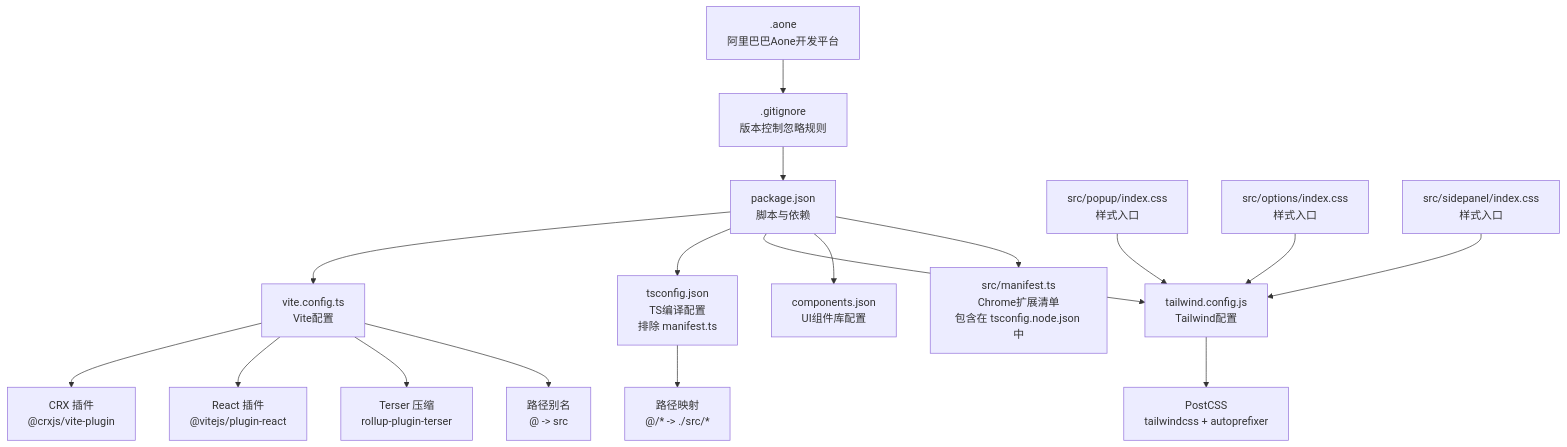
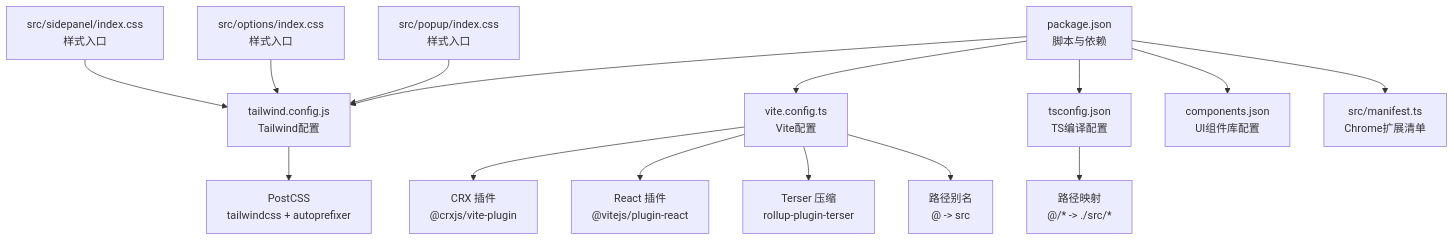
Before and after one commit to RadiumAg/bilibili-favorites: the first of 7 diagrams in .qoder/repowiki/zh/content/开发指南/构建配置详解.md, drawn with Mermaid. The commit also changed other lines of this file and 21 other files, not shown here.

````diff
--- a/.qoder/repowiki/zh/content/开发指南/构建配置详解.md
+++ b/.qoder/repowiki/zh/content/开发指南/构建配置详解.md
@@ -58,19 +49,17 @@
 ```mermaid
 graph TB
 A["package.json<br/>脚本与依赖"] --> B["vite.config.ts<br/>Vite配置"]
 B --> C["CRX 插件<br/>@crxjs/vite-plugin"]
 B --> D["React 插件<br/>@vitejs/plugin-react"]
 B --> E["Terser 压缩<br/>rollup-plugin-terser"]
 B --> F["路径别名<br/>@ -> src"]
-A --> G["tsconfig.json<br/>TS编译配置<br/>排除 manifest.ts"]
+A --> G["tsconfig.json<br/>TS编译配置"]
 G --> H["路径映射<br/>@/* -> ./src/*"]
 A --> I["tailwind.config.js<br/>Tailwind配置"]
 I --> J["PostCSS<br/>tailwindcss + autoprefixer"]
 A --> K["components.json<br/>UI组件库配置"]
-A --> L["src/manifest.ts<br/>Chrome扩展清单<br/>包含在 tsconfig.node.json 中"]
+A --> L["src/manifest.ts<br/>Chrome扩展清单"]
 M["src/popup/index.css<br/>样式入口"] --> I
 N["src/options/index.css<br/>样式入口"] --> I
 O["src/sidepanel/index.css<br/>样式入口"] --> I
-P[".gitignore<br/>版本控制忽略规则"] --> A
-Q[".aone<br/>阿里巴巴Aone开发平台"] --> P
 ```
````
